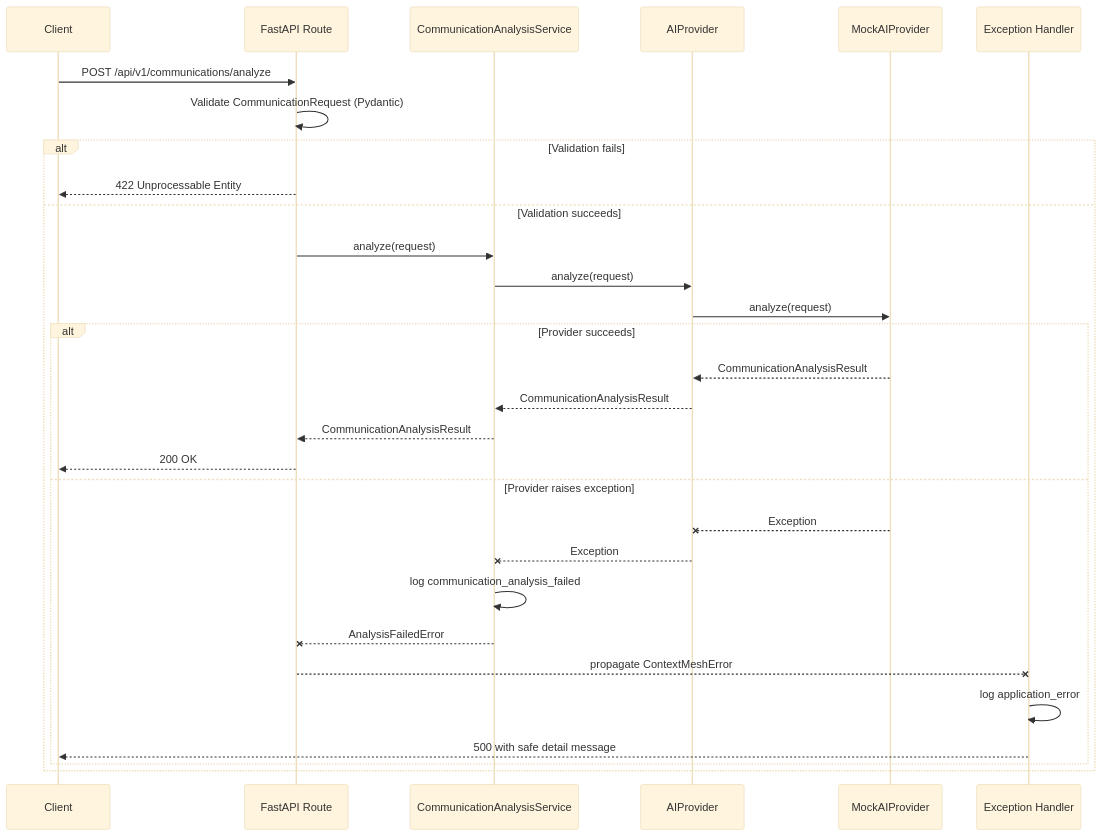
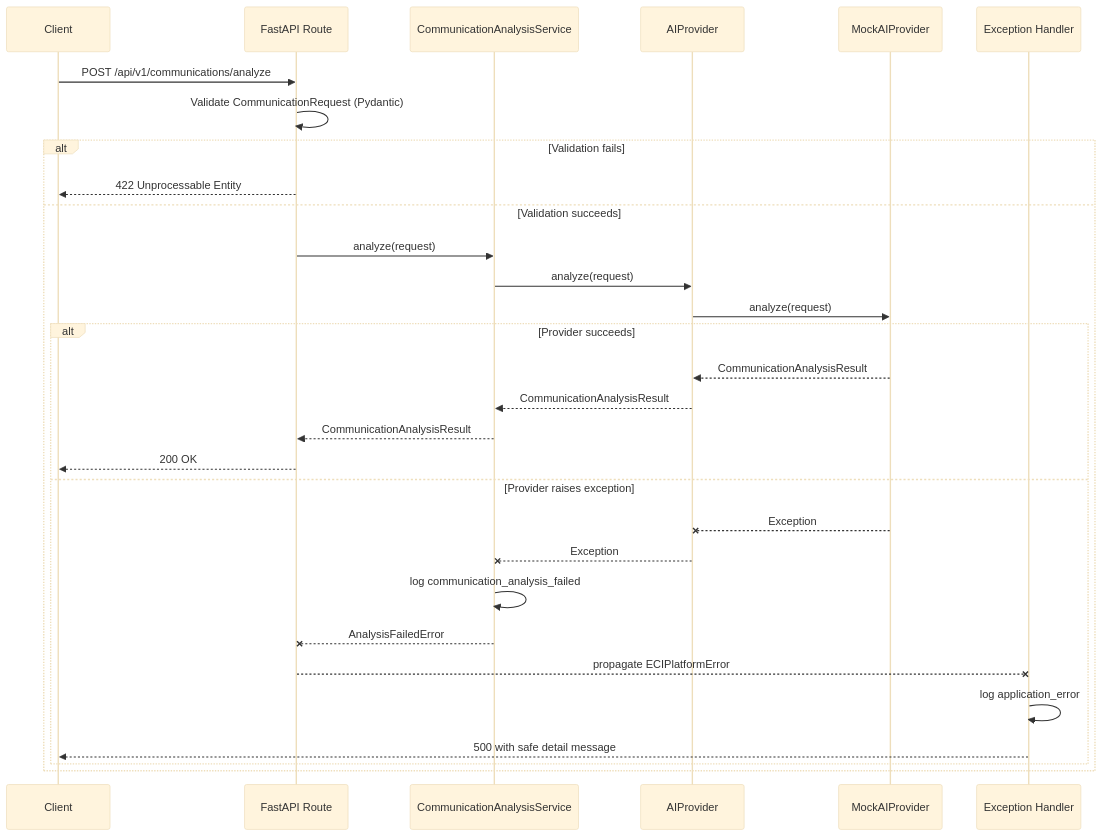
One commit to Susanta2025-lab/enterprise-communication-intelligence changed the diagram in docs/diagrams/request-flow.mmd. Above: the diagram before and after it, drawn with Mermaid (base theme). The commit also changed 41 other files, not shown here.

```diff
--- a/docs/diagrams/request-flow.mmd
+++ b/docs/diagrams/request-flow.mmd
@@ -1,33 +1,33 @@
 sequenceDiagram
     participant Client
     participant Route as FastAPI Route
     participant Service as CommunicationAnalysisService
     participant Provider as AIProvider
     participant Mock as MockAIProvider
     participant Handler as Exception Handler
 
     Client->>Route: POST /api/v1/communications/analyze
     Route->>Route: Validate CommunicationRequest (Pydantic)
 
     alt Validation fails
         Route-->>Client: 422 Unprocessable Entity
     else Validation succeeds
         Route->>Service: analyze(request)
         Service->>Provider: analyze(request)
         Provider->>Mock: analyze(request)
 
         alt Provider succeeds
             Mock-->>Provider: CommunicationAnalysisResult
             Provider-->>Service: CommunicationAnalysisResult
             Service-->>Route: CommunicationAnalysisResult
             Route-->>Client: 200 OK
         else Provider raises exception
             Mock--xProvider: Exception
             Provider--xService: Exception
             Service->>Service: log communication_analysis_failed
             Service--xRoute: AnalysisFailedError
-            Route--xHandler: propagate ContextMeshError
+            Route--xHandler: propagate ECIPlatformError
             Handler->>Handler: log application_error
             Handler-->>Client: 500 with safe detail message
         end
     end
```
